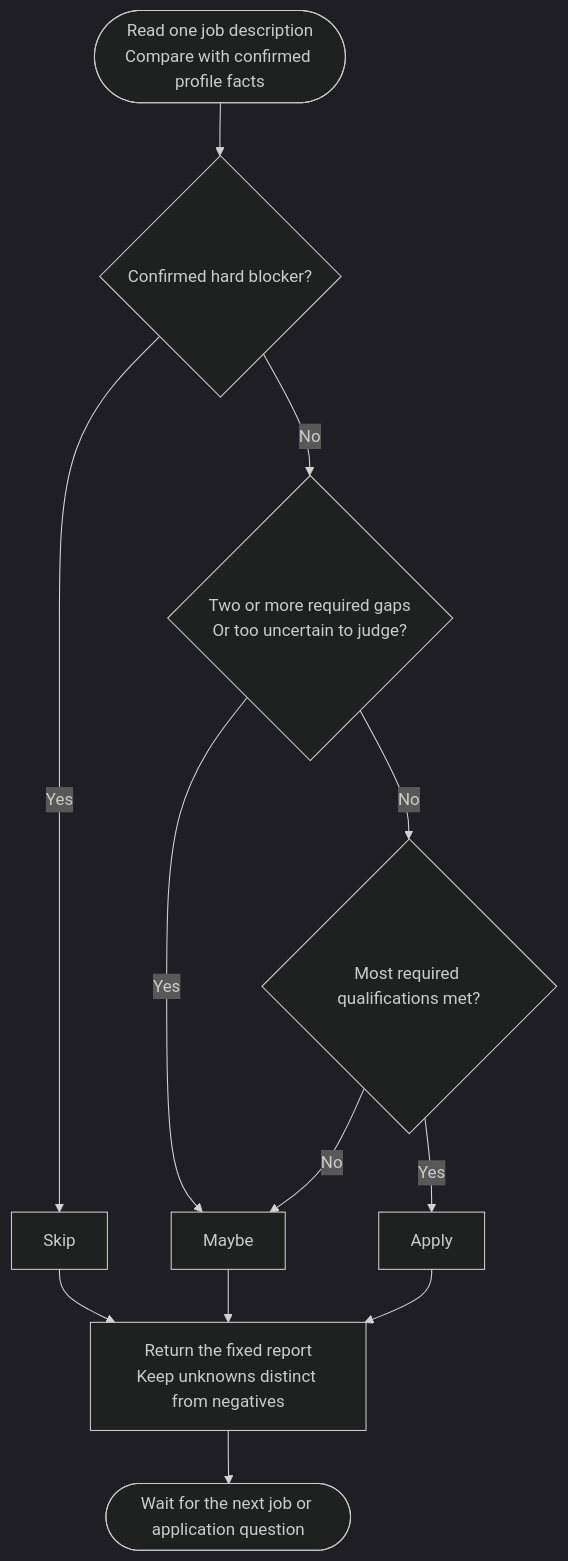
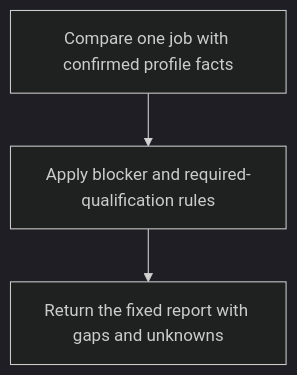
Before and after one commit to myowinthein/agent-compass: the diagram in docs/commands/job-screener/step1-match-analysis.md, drawn with Mermaid (dark theme). The commit also changed other lines of this file and 67 other files, not shown here.

````diff
--- a/docs/commands/job-screener/step1-match-analysis.md
+++ b/docs/commands/job-screener/step1-match-analysis.md
@@ -15,14 +19,5 @@
 ```mermaid
 flowchart TD
-  Start(["Read one job description<br/>Compare with confirmed profile facts"]) --> Block{"Confirmed hard blocker?"}
-  Block -->|Yes| Skip["Skip"]
-  Block -->|No| Gaps{"Two or more required gaps<br/>Or too uncertain to judge?"}
-  Gaps -->|Yes| Maybe["Maybe"]
-  Gaps -->|No| Most{"Most required qualifications met?"}
-  Most -->|Yes| Apply["Apply"]
-  Most -->|No| Maybe
-  Skip --> Report["Return the fixed report<br/>Keep unknowns distinct from negatives"]
-  Maybe --> Report
-  Apply --> Report
-  Report --> Wait(["Wait for the next job or application question"])
+  Read["Compare one job with confirmed profile facts"] --> Decide["Apply blocker and required-qualification rules"]
+  Decide --> Report["Return the fixed report with gaps and unknowns"]
 ```
````
